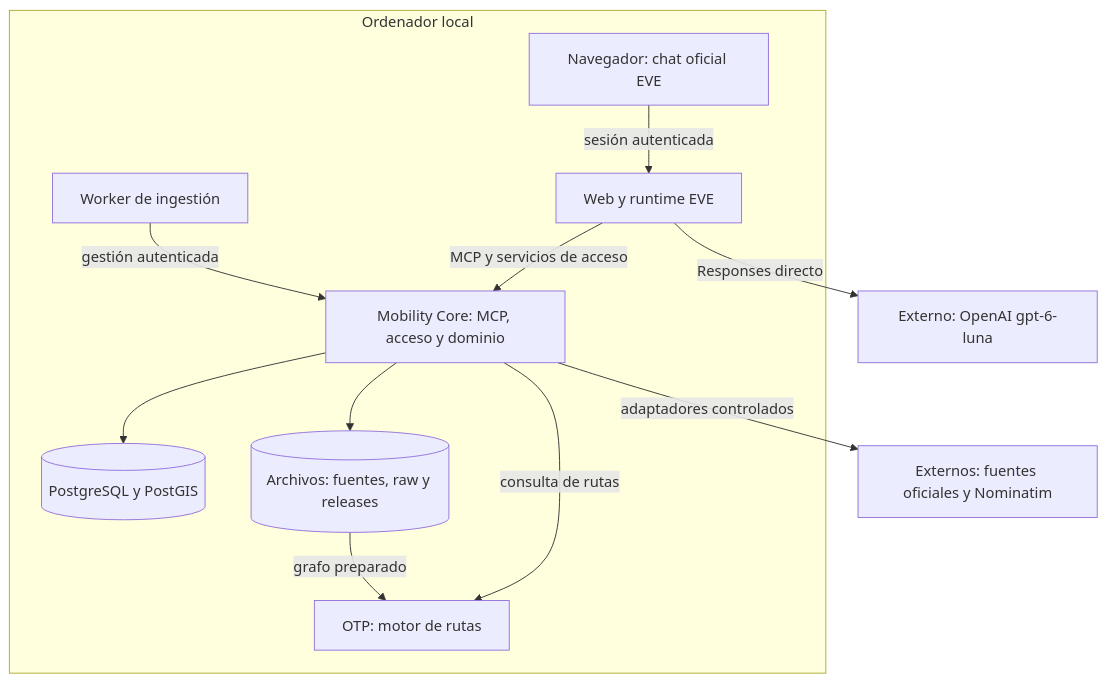
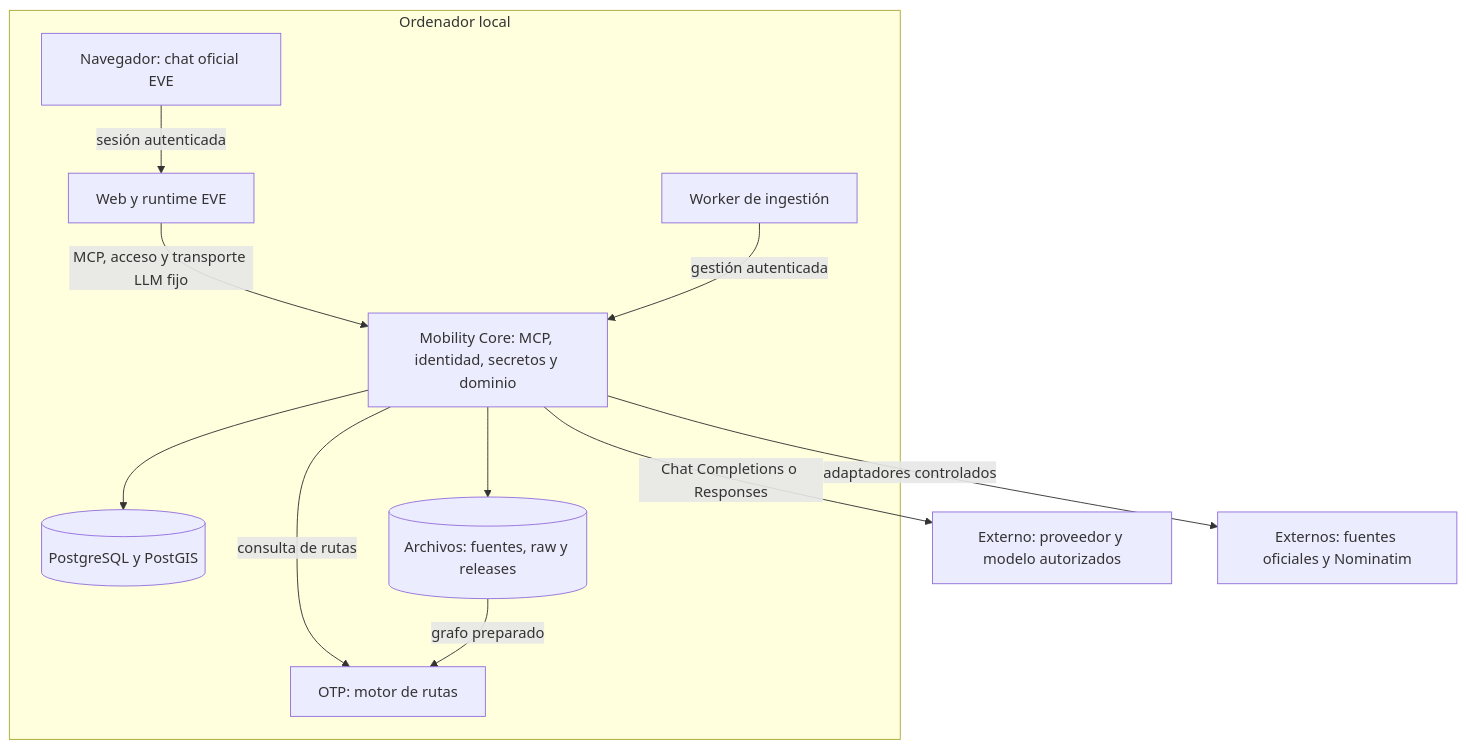
The first of 6 diagrams in docs/architecture.md (alanslzrr/digital-twin-conversational-mobility), drawn with Mermaid before and after one commit. The commit also changed other lines of this file and 2 other files, not shown here.

Commit message:
docs(architecture): distinguish OCI preparation from deployment

````diff
--- a/docs/architecture.md
+++ b/docs/architecture.md
@@ -18,23 +18,23 @@
 ```mermaid
 flowchart TB
   subgraph Local[Ordenador local]
     Browser[Navegador: chat oficial EVE]
     Web[Web y runtime EVE]
-    Core[Mobility Core: MCP, acceso y dominio]
+    Core[Mobility Core: MCP, identidad, secretos y dominio]
     Worker[Worker de ingestión]
     DB[(PostgreSQL y PostGIS)]
     Files[(Archivos: fuentes, raw y releases)]
     OTP[OTP: motor de rutas]
     Browser -->|sesión autenticada| Web
-    Web -->|MCP y servicios de acceso| Core
+    Web -->|MCP, acceso y transporte LLM fijo| Core
     Worker -->|gestión autenticada| Core
     Core --> DB
     Core --> Files
     Core -->|consulta de rutas| OTP
     Files -->|grafo preparado| OTP
   end
-  Model[Externo: OpenAI gpt-6-luna]
+  Model[Externo: proveedor y modelo autorizados]
   Sources[Externos: fuentes oficiales y Nominatim]
-  Web -->|Responses directo| Model
+  Core -->|Chat Completions o Responses| Model
   Core -->|adaptadores controlados| Sources
 ```
````
